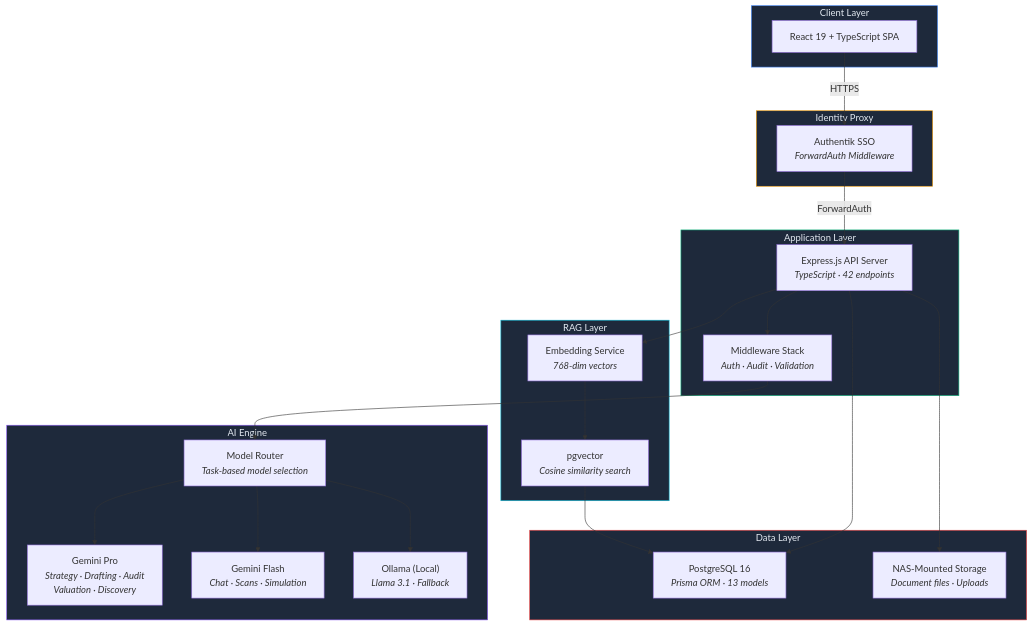
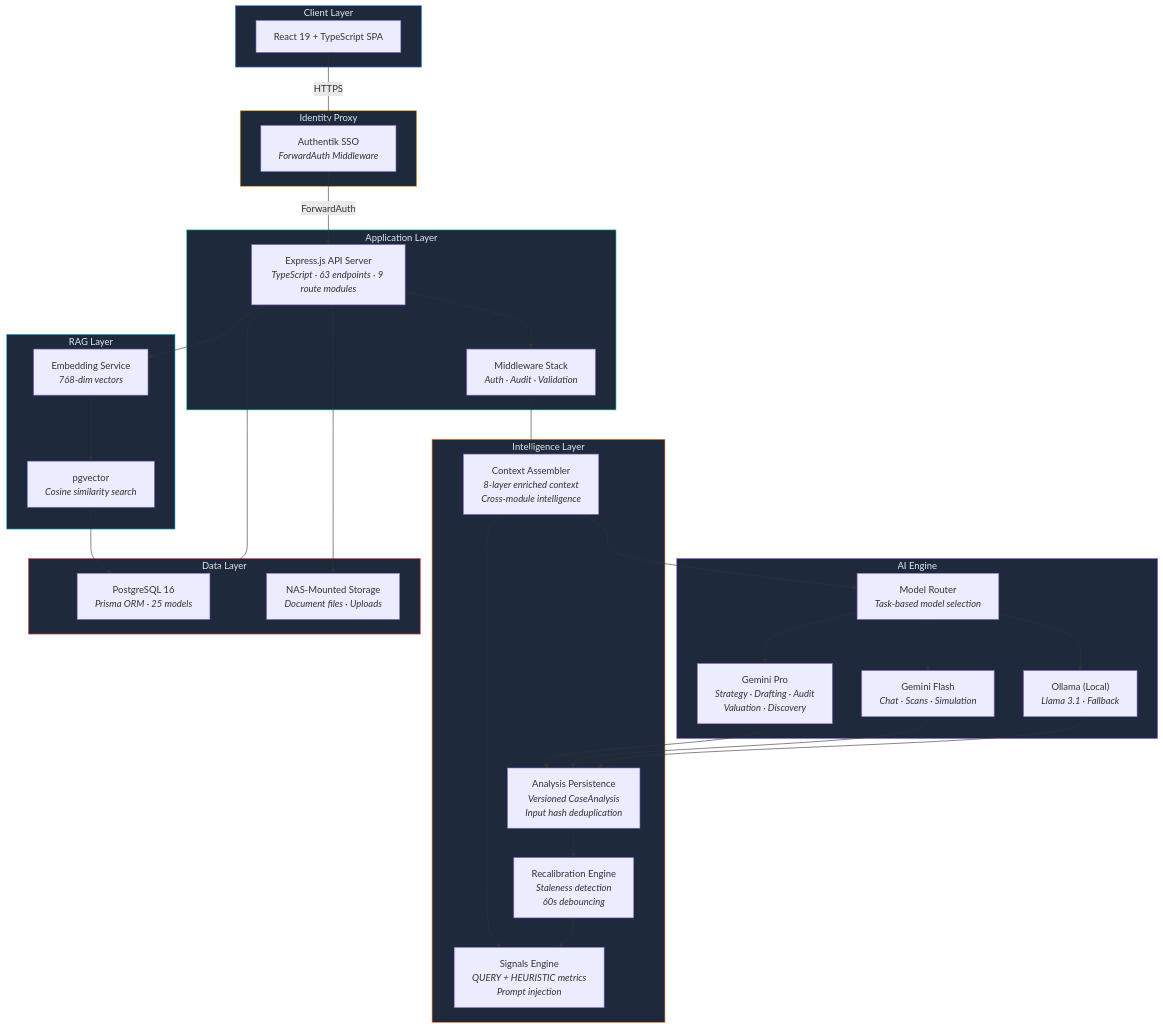
One commit to EolaFam1828/AetherLegalIntelligence changed the first of 12 diagrams in ARCHITECTURE.md. Above: the diagram before and after it, drawn with Mermaid. The commit also changed other lines of this file and 2 other files, not shown here.

First line of the commit message:
Sync docs: intelligence architecture, 25 models, 63 endpoints, signals, knowledge graph

````diff
--- a/ARCHITECTURE.md
+++ b/ARCHITECTURE.md
@@ -11,47 +11,60 @@
 ```mermaid
 flowchart TB
     subgraph CLIENT["Client Layer"]
         UI["React 19 + TypeScript SPA"]
     end
 
     subgraph EDGE["Identity Proxy"]
         AK["Authentik SSO<br/><i>ForwardAuth Middleware</i>"]
     end
 
     subgraph API["Application Layer"]
-        EX["Express.js API Server<br/><i>TypeScript · 42 endpoints</i>"]
+        EX["Express.js API Server<br/><i>TypeScript · 63 endpoints · 9 route modules</i>"]
         MW["Middleware Stack<br/><i>Auth · Audit · Validation</i>"]
     end
 
     subgraph AI["AI Engine"]
         RT["Model Router<br/><i>Task-based model selection</i>"]
         G3P["Gemini Pro<br/><i>Strategy · Drafting · Audit<br/>Valuation · Discovery</i>"]
         G3F["Gemini Flash<br/><i>Chat · Scans · Simulation</i>"]
         OL["Ollama (Local)<br/><i>Llama 3.1 · Fallback</i>"]
     end
 
+    subgraph INTEL["Intelligence Layer"]
+        CTX["Context Assembler<br/><i>8-layer enriched context<br/>Cross-module intelligence</i>"]
+        SIG["Signals Engine<br/><i>QUERY + HEURISTIC metrics<br/>Prompt injection</i>"]
+        PERSIST["Analysis Persistence<br/><i>Versioned CaseAnalysis<br/>Input hash deduplication</i>"]
+        RECAL["Recalibration Engine<br/><i>Staleness detection<br/>60s debouncing</i>"]
+    end
+
     subgraph VECTOR["RAG Layer"]
         EMB["Embedding Service<br/><i>768-dim vectors</i>"]
         PGV["pgvector<br/><i>Cosine similarity search</i>"]
     end
 
     subgraph DATA["Data Layer"]
-        PG["PostgreSQL 16<br/><i>Prisma ORM · 13 models</i>"]
+        PG["PostgreSQL 16<br/><i>Prisma ORM · 25 models</i>"]
         FS["NAS-Mounted Storage<br/><i>Document files · Uploads</i>"]
     end
 
     UI -->|HTTPS| AK
     AK -->|ForwardAuth| EX
-    EX --> MW --> RT
+    EX --> MW --> CTX
+    CTX --> SIG
+    CTX --> RT
     RT --> G3P & G3F & OL
+    G3P & G3F & OL --> PERSIST
+    PERSIST --> RECAL
     EX --> EMB --> PGV
     PGV --> PG
     EX --> PG & FS
+    RECAL --> SIG
 
     style CLIENT fill:#1e293b,stroke:#3b82f6,color:#e2e8f0
     style EDGE fill:#1e293b,stroke:#f59e0b,color:#e2e8f0
     style API fill:#1e293b,stroke:#10b981,color:#e2e8f0
     style AI fill:#1e293b,stroke:#8b5cf6,color:#e2e8f0
+    style INTEL fill:#1e293b,stroke:#f97316,color:#e2e8f0
     style VECTOR fill:#1e293b,stroke:#06b6d4,color:#e2e8f0
     style DATA fill:#1e293b,stroke:#ef4444,color:#e2e8f0
 ```
````
